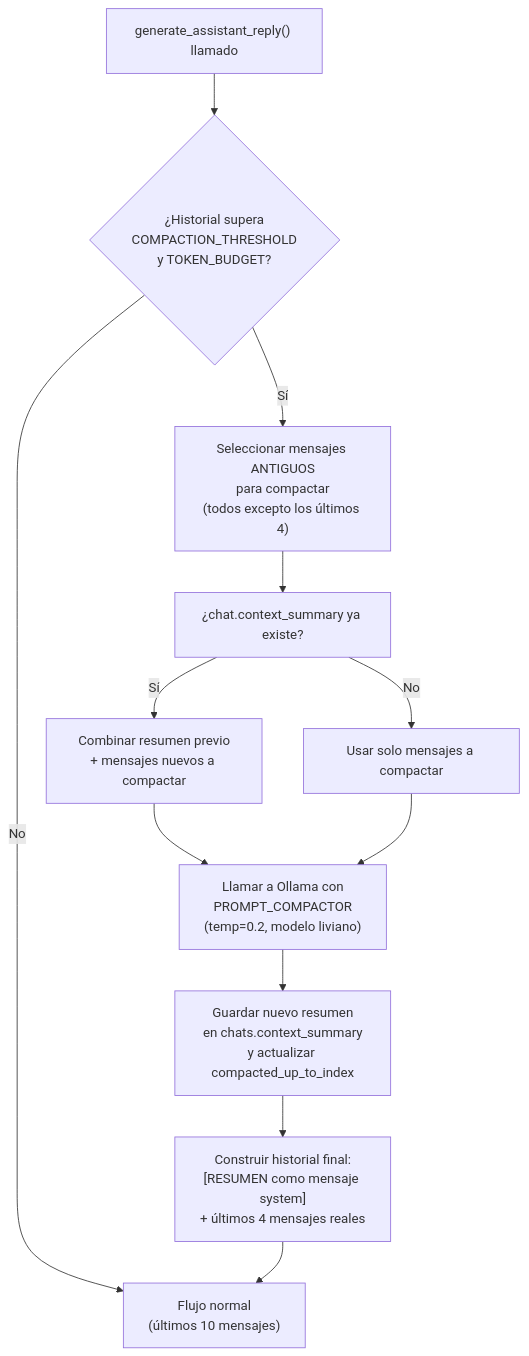
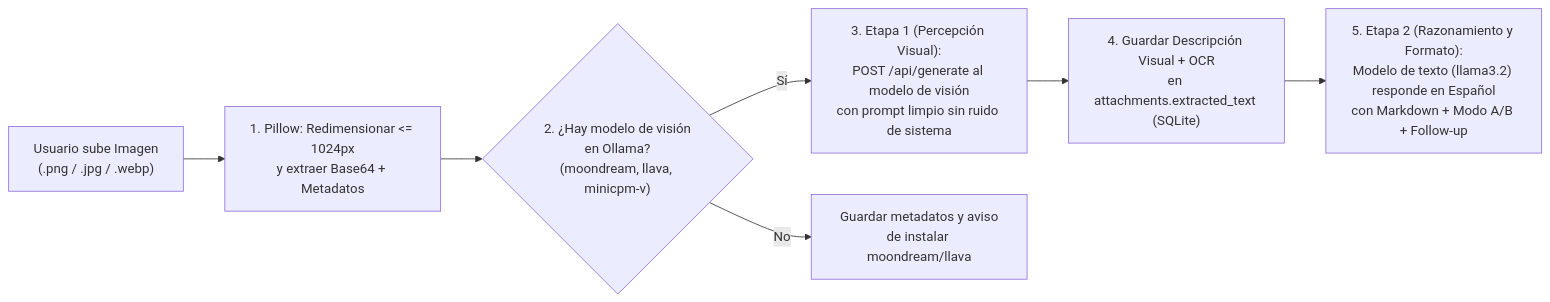
Before and after one commit to MiguelAGutierrezS/proyectoFinalTopicos: the third of 3 diagrams in specs/03-ai-orchestration.md, drawn with Mermaid. The commit also changed other lines of this file and 22 other files, not shown here.

````diff
--- a/specs/03-ai-orchestration.md
+++ b/specs/03-ai-orchestration.md
@@ -236,14 +163,9 @@
 ```mermaid
-flowchart TD
-    A["generate_assistant_reply() llamado"] --> B{"¿Historial supera\nCOMPACTION_THRESHOLD\ny TOKEN_BUDGET?"}
-    B -- No --> G["Flujo normal\n(últimos 10 mensajes)"]
-    B -- Sí --> C["Seleccionar mensajes ANTIGUOS\npara compactar\n(todos excepto los últimos 4)"]
-    C --> D["¿chat.context_summary ya existe?"]
-    D -- Sí --> E["Combinar resumen previo\n+ mensajes nuevos a compactar"]
-    D -- No --> E2["Usar solo mensajes a compactar"]
-    E --> F["Llamar a Ollama con\nPROMPT_COMPACTOR\n(temp=0.2, modelo liviano)"]
-    E2 --> F
-    F --> H["Guardar nuevo resumen\nen chats.context_summary\ny actualizar compacted_up_to_index"]
-    H --> I["Construir historial final:\n[RESUMEN como mensaje system]\n+ últimos 4 mensajes reales"]
-    I --> G
+flowchart LR
+    Upload["Usuario sube Imagen\n(.png / .jpg / .webp)"] --> Pillow["1. Pillow: Redimensionar <= 1024px\ny extraer Base64 + Metadatos"]
+    Pillow --> FindVLM{"2. ¿Hay modelo de visión\nen Ollama?\n(moondream, llava, minicpm-v)"}
+    FindVLM -- Sí --> CallVLM["3. Etapa 1 (Percepción Visual):\nPOST /api/generate al modelo de visión\ncon prompt limpio sin ruido de sistema"]
+    CallVLM --> Persist["4. Guardar Descripción Visual + OCR\nen attachments.extracted_text (SQLite)"]
+    FindVLM -- No --> PersistMeta["Guardar metadatos y aviso\nde instalar moondream/llava"]
+    Persist --> Stage2["5. Etapa 2 (Razonamiento y Formato):\nModelo de texto (llama3.2) responde en Español\ncon Markdown + Modo A/B + Follow-up"]
 ```
````
